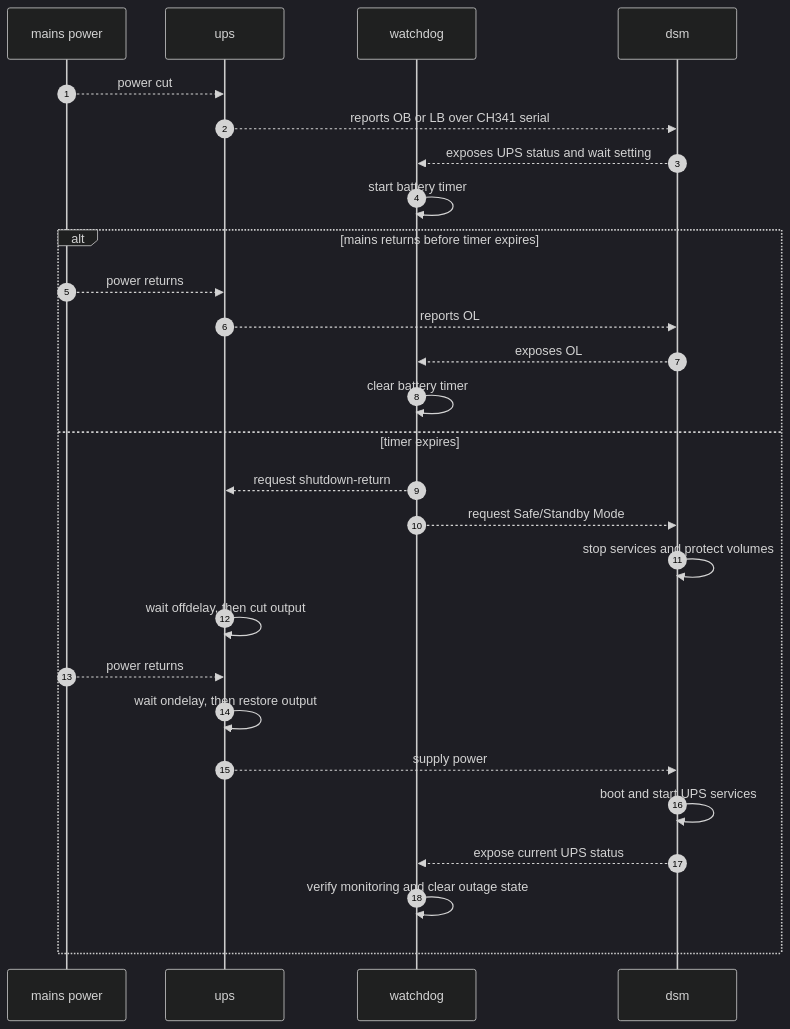
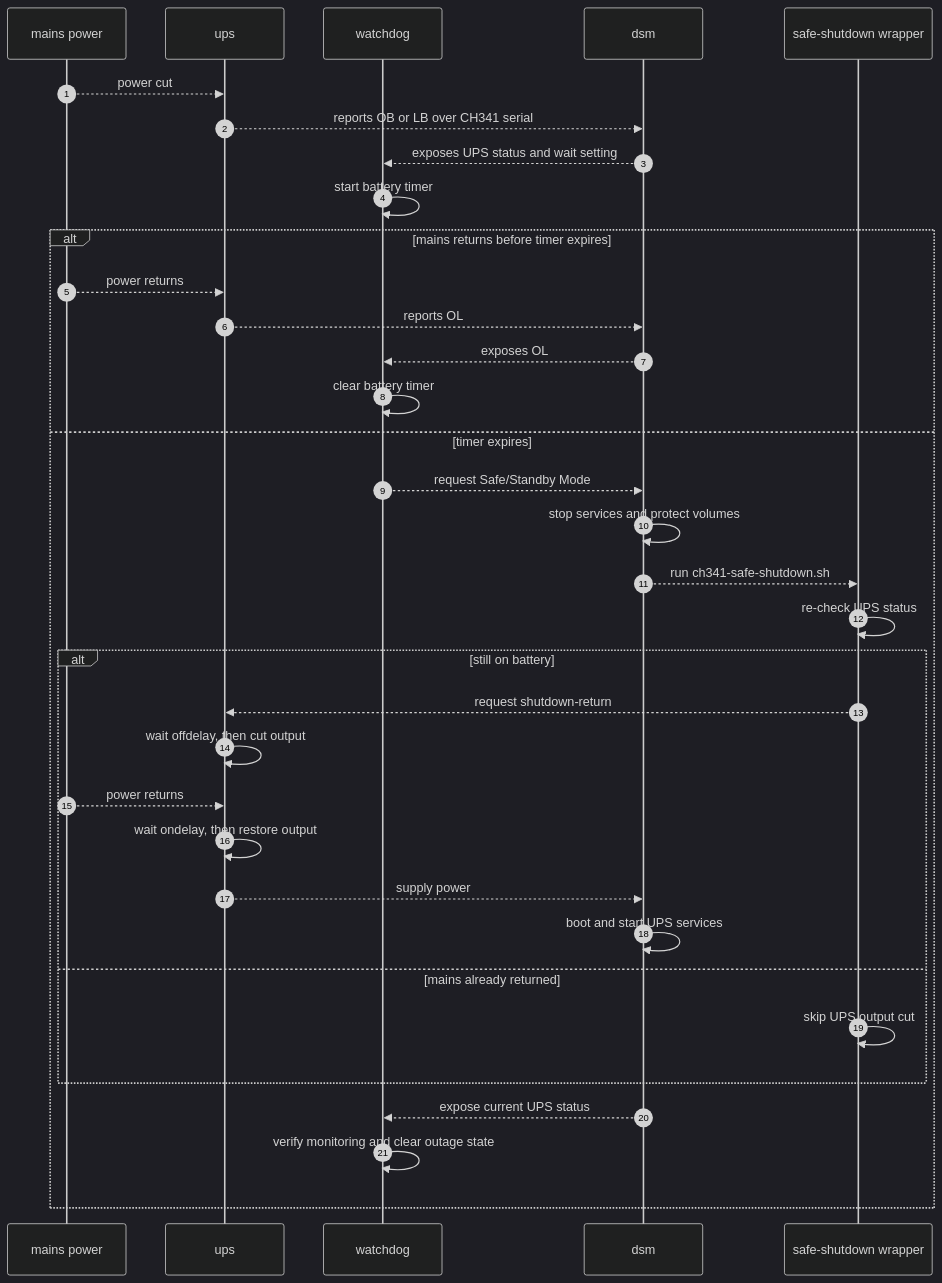
Before and after one commit to papa-vova/synology-nut-ch341-ups: the first of 2 diagrams in README.md, drawn with Mermaid (dark theme). The commit also changed other lines of this file and 2 other files, not shown here.

Commit message:
Avoid pre-arming UPS output shutdown

````diff
--- a/README.md
+++ b/README.md
@@ -55,30 +54,37 @@
 ```mermaid
 sequenceDiagram
   autonumber
   participant M as mains power
   participant U as ups
   participant W as watchdog
   participant D as dsm
+  participant S as safe-shutdown wrapper
 
   M-->>U: power cut
   U-->>D: reports OB or LB over CH341 serial
   D-->>W: exposes UPS status and wait setting
   W->>W: start battery timer
   alt mains returns before timer expires
     M-->>U: power returns
     U-->>D: reports OL
     D-->>W: exposes OL
     W->>W: clear battery timer
   else timer expires
-    W-->>U: request shutdown-return
     W-->>D: request Safe/Standby Mode
     D->>D: stop services and protect volumes
-    U->>U: wait offdelay, then cut output
-    M-->>U: power returns
-    U->>U: wait ondelay, then restore output
-    U-->>D: supply power
-    D->>D: boot and start UPS services
+    D-->>S: run ch341-safe-shutdown.sh
+    S->>S: re-check UPS status
+    alt still on battery
+      S-->>U: request shutdown-return
+      U->>U: wait offdelay, then cut output
+      M-->>U: power returns
+      U->>U: wait ondelay, then restore output
+      U-->>D: supply power
+      D->>D: boot and start UPS services
+    else mains already returned
+      S->>S: skip UPS output cut
+    end
     D-->>W: expose current UPS status
     W->>W: verify monitoring and clear outage state
   end
 ```
````
